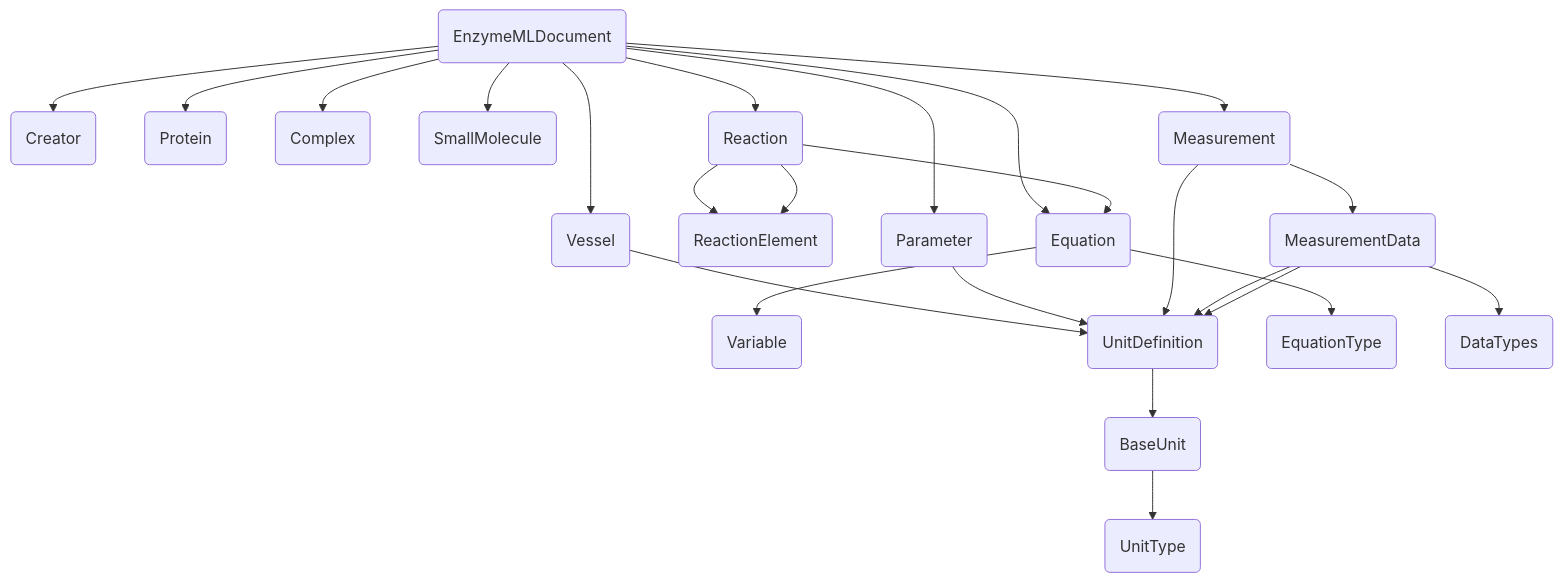
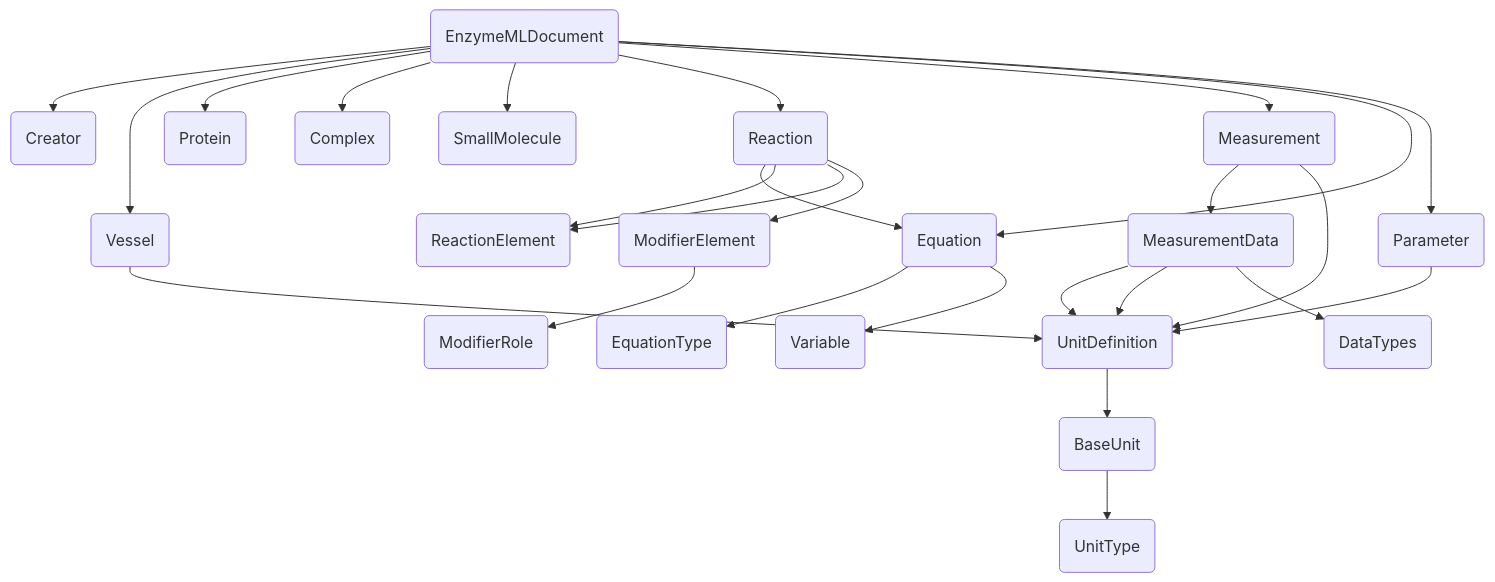
Before and after one commit to EnzymeML/enzymeml-specifications: the diagram in docs/versions/v2.md, drawn with Mermaid. The commit also changed other lines of this file and 13 other files, not shown here.

````diff
--- a/docs/versions/v2.md
+++ b/docs/versions/v2.md
@@ -6,63 +6,69 @@
     ``` mermaid
     flowchart TB
         enzymemldocument(EnzymeMLDocument)
         creator(Creator)
         vessel(Vessel)
         protein(Protein)
         complex(Complex)
         smallmolecule(SmallMolecule)
         reaction(Reaction)
         reactionelement(ReactionElement)
+        modifierelement(ModifierElement)
         equation(Equation)
         variable(Variable)
         parameter(Parameter)
         measurement(Measurement)
         measurementdata(MeasurementData)
         unitdefinition(UnitDefinition)
         baseunit(BaseUnit)
+        modifierrole(ModifierRole)
         equationtype(EquationType)
         datatypes(DataTypes)
         unittype(UnitType)
         enzymemldocument(EnzymeMLDocument) --> creator(Creator)
         enzymemldocument(EnzymeMLDocument) --> vessel(Vessel)
         enzymemldocument(EnzymeMLDocument) --> protein(Protein)
         enzymemldocument(EnzymeMLDocument) --> complex(Complex)
         enzymemldocument(EnzymeMLDocument) --> smallmolecule(SmallMolecule)
         enzymemldocument(EnzymeMLDocument) --> reaction(Reaction)
         enzymemldocument(EnzymeMLDocument) --> measurement(Measurement)
         enzymemldocument(EnzymeMLDocument) --> equation(Equation)
         enzymemldocument(EnzymeMLDocument) --> parameter(Parameter)
         vessel(Vessel) --> unitdefinition(UnitDefinition)
         reaction(Reaction) --> equation(Equation)
         reaction(Reaction) --> reactionelement(ReactionElement)
         reaction(Reaction) --> reactionelement(ReactionElement)
+        reaction(Reaction) --> modifierelement(ModifierElement)
+        modifierelement(ModifierElement) --> modifierrole(ModifierRole)
         equation(Equation) --> equationtype(EquationType)
         equation(Equation) --> variable(Variable)
         parameter(Parameter) --> unitdefinition(UnitDefinition)
         measurement(Measurement) --> measurementdata(MeasurementData)
         measurement(Measurement) --> unitdefinition(UnitDefinition)
         measurementdata(MeasurementData) --> unitdefinition(UnitDefinition)
         measurementdata(MeasurementData) --> unitdefinition(UnitDefinition)
         measurementdata(MeasurementData) --> datatypes(DataTypes)
         unitdefinition(UnitDefinition) --> baseunit(BaseUnit)
         baseunit(BaseUnit) --> unittype(UnitType)
 
         click enzymemldocument "#enzymemldocument" "Go to EnzymeMLDocument"
         click creator "#creator" "Go to Creator"
         click vessel "#vessel" "Go to Vessel"
         click protein "#protein" "Go to Protein"
         click complex "#complex" "Go to Complex"
         click smallmolecule "#smallmolecule" "Go to SmallMolecule"
         click reaction "#reaction" "Go to Reaction"
         click reactionelement "#reactionelement" "Go to ReactionElement"
+        click modifierelement "#modifierelement" "Go to ModifierElement"
         click equation "#equation" "Go to Equation"
         click variable "#variable" "Go to Variable"
         click parameter "#parameter" "Go to Parameter"
         click measurement "#measurement" "Go to Measurement"
         click measurementdata "#measurementdata" "Go to MeasurementData"
         click unitdefinition "#unitdefinition" "Go to UnitDefinition"
         click baseunit "#baseunit" "Go to BaseUnit"
+        click modifierrole "#modifierrole" "Go to ModifierRole"
         click equationtype "#equationtype" "Go to EquationType"
         click datatypes "#datatypes" "Go to DataTypes"
         click unittype "#unittype" "Go to UnitType"
     ```
````
